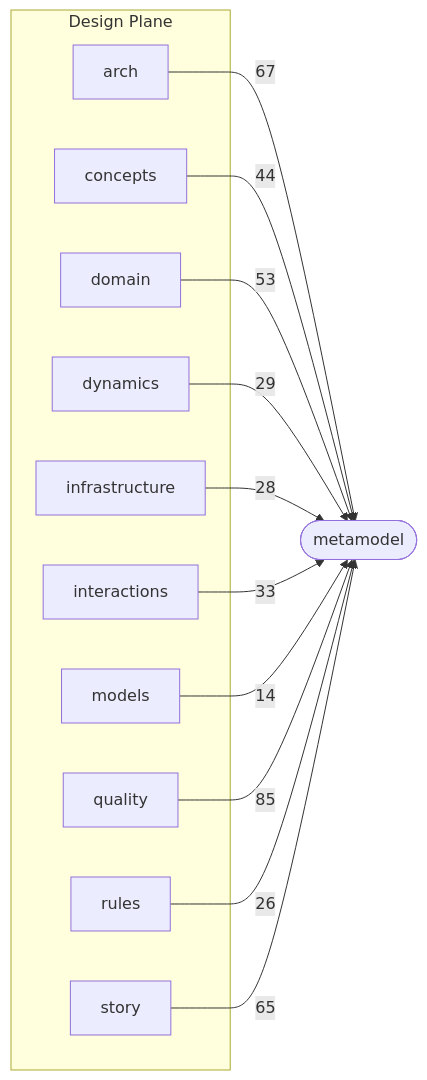
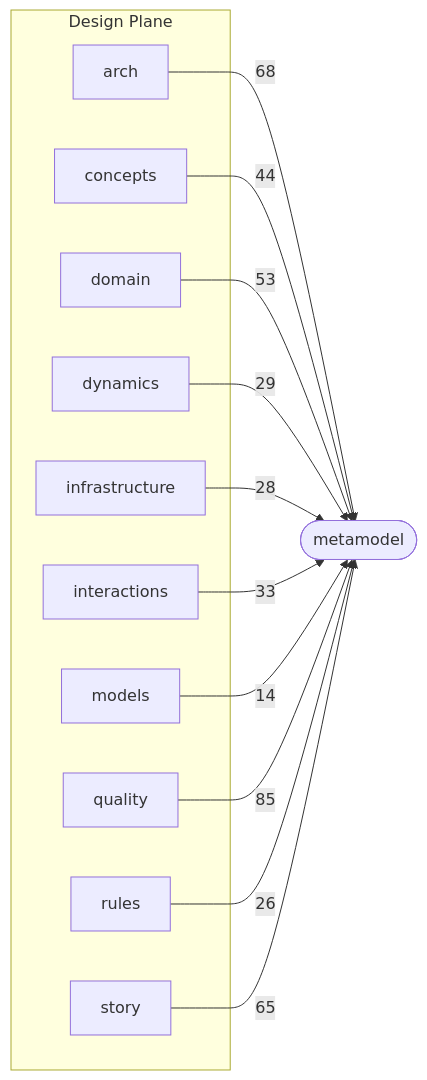
One commit to Archally/blueprint-schema changed the second of 3 diagrams in docs/schema-atlas/v2.8/layer-map.md. Above: the diagram before and after it, drawn with Mermaid. The commit also changed 3 other files, not shown here.

Commit message:
Schema Atlas: the catalog follows the 2.8.66 schema

````diff
--- a/docs/schema-atlas/v2.8/layer-map.md
+++ b/docs/schema-atlas/v2.8/layer-map.md
@@ -95,26 +95,26 @@
 ```mermaid
 graph LR
     subgraph design_plane["Design Plane"]
         design_arch_schema_yaml["arch"]
         design_concepts_schema_yaml["concepts"]
         design_domain_schema_yaml["domain"]
         design_dynamics_schema_yaml["dynamics"]
         design_infrastructure_schema_yaml["infrastructure"]
         design_interactions_schema_yaml["interactions"]
         design_models_schema_yaml["models"]
         design_quality_schema_yaml["quality"]
         design_rules_schema_yaml["rules"]
         design_story_schema_yaml["story"]
     end
     metamodel_schema_yaml(["metamodel"])
-    design_arch_schema_yaml -->|67| metamodel_schema_yaml
+    design_arch_schema_yaml -->|68| metamodel_schema_yaml
     design_concepts_schema_yaml -->|44| metamodel_schema_yaml
     design_domain_schema_yaml -->|53| metamodel_schema_yaml
     design_dynamics_schema_yaml -->|29| metamodel_schema_yaml
     design_infrastructure_schema_yaml -->|28| metamodel_schema_yaml
     design_interactions_schema_yaml -->|33| metamodel_schema_yaml
     design_models_schema_yaml -->|14| metamodel_schema_yaml
     design_quality_schema_yaml -->|85| metamodel_schema_yaml
     design_rules_schema_yaml -->|26| metamodel_schema_yaml
     design_story_schema_yaml -->|65| metamodel_schema_yaml
 ```
````
